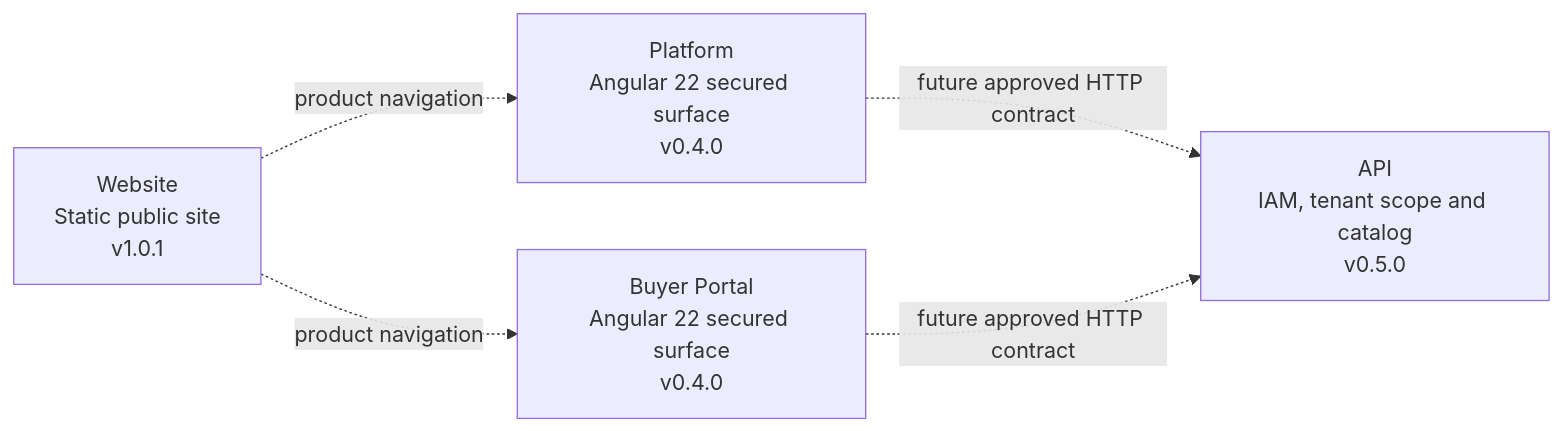
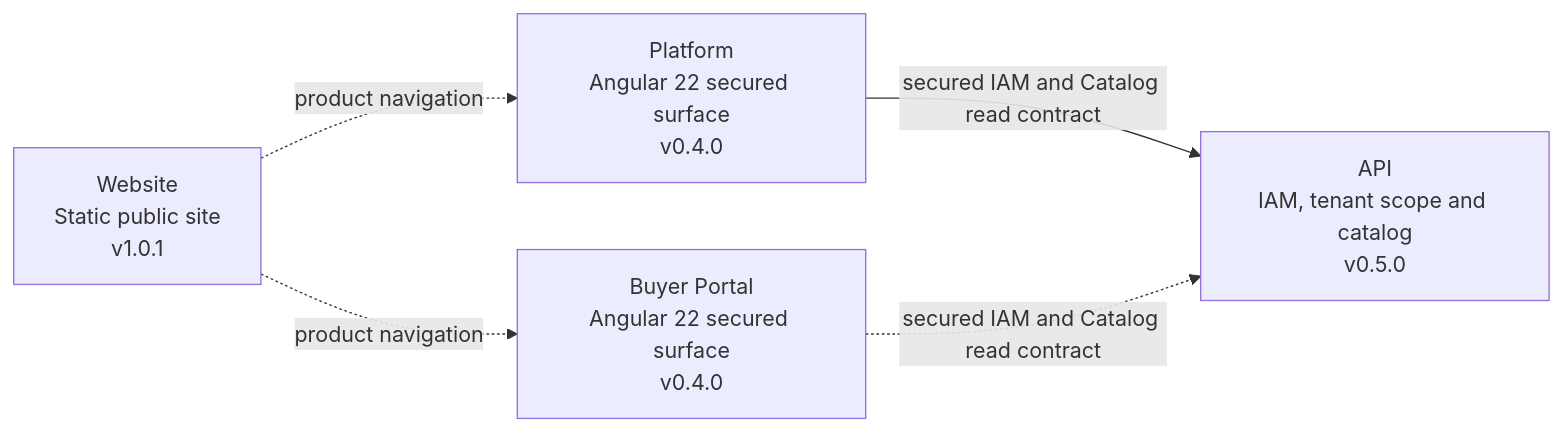
One commit to nexa-suite/platform changed the diagram in README.md. Above: the diagram before and after it, drawn with Mermaid. The commit also changed other lines of this file and 3 other files, not shown here.

Commit message:
fix(release): align platform version and api contract

````diff
--- a/README.md
+++ b/README.md
@@ -29,12 +29,12 @@
 ```mermaid
 flowchart LR
     Website["Website<br/>Static public site<br/>v1.0.1"]
     Platform["Platform<br/>Angular 22 secured surface<br/>v0.4.0"]
     Portal["Buyer Portal<br/>Angular 22 secured surface<br/>v0.4.0"]
     API["API<br/>IAM, tenant scope and catalog<br/>v0.5.0"]
 
     Website -. "product navigation" .-> Platform
     Website -. "product navigation" .-> Portal
-    Platform -. "future approved HTTP contract" .-> API
-    Portal -. "future approved HTTP contract" .-> API
+    Platform -->|"secured IAM and Catalog read contract"| API
+    Portal -. "secured IAM and Catalog read contract" .-> API
 ```
````
